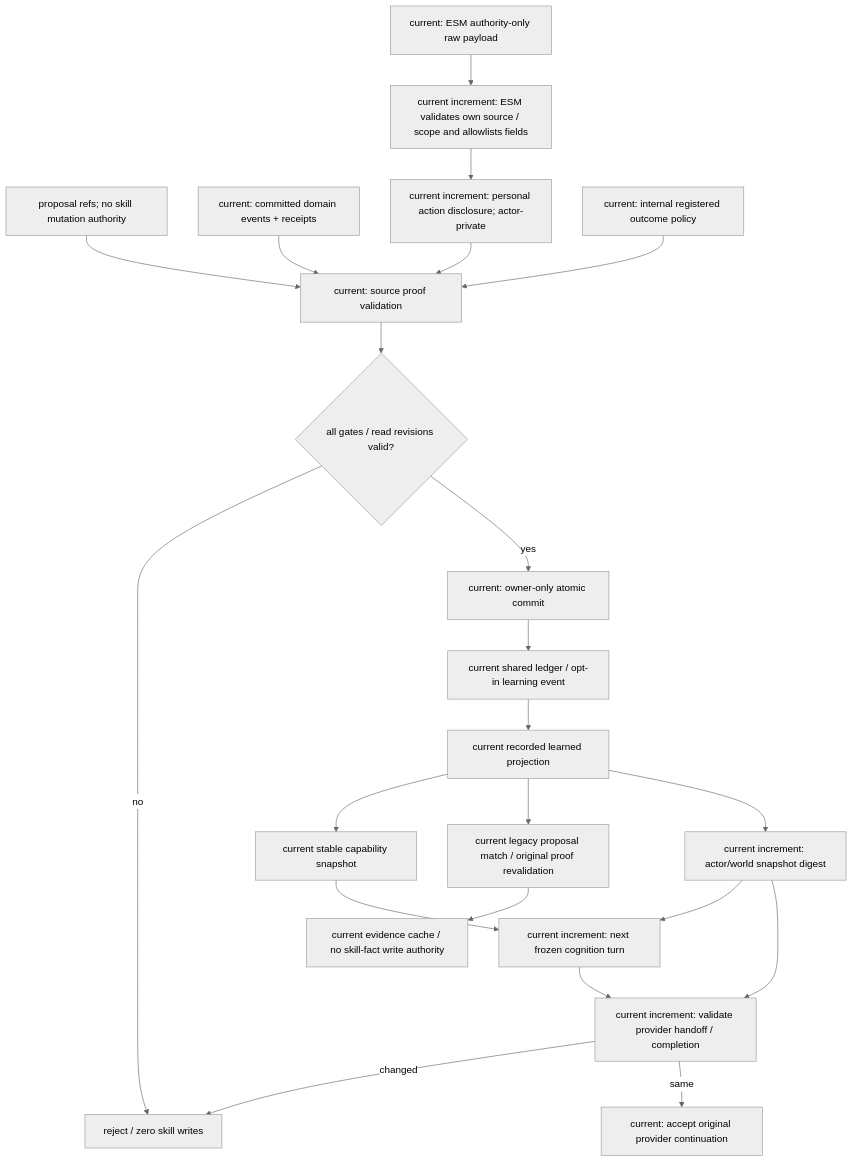
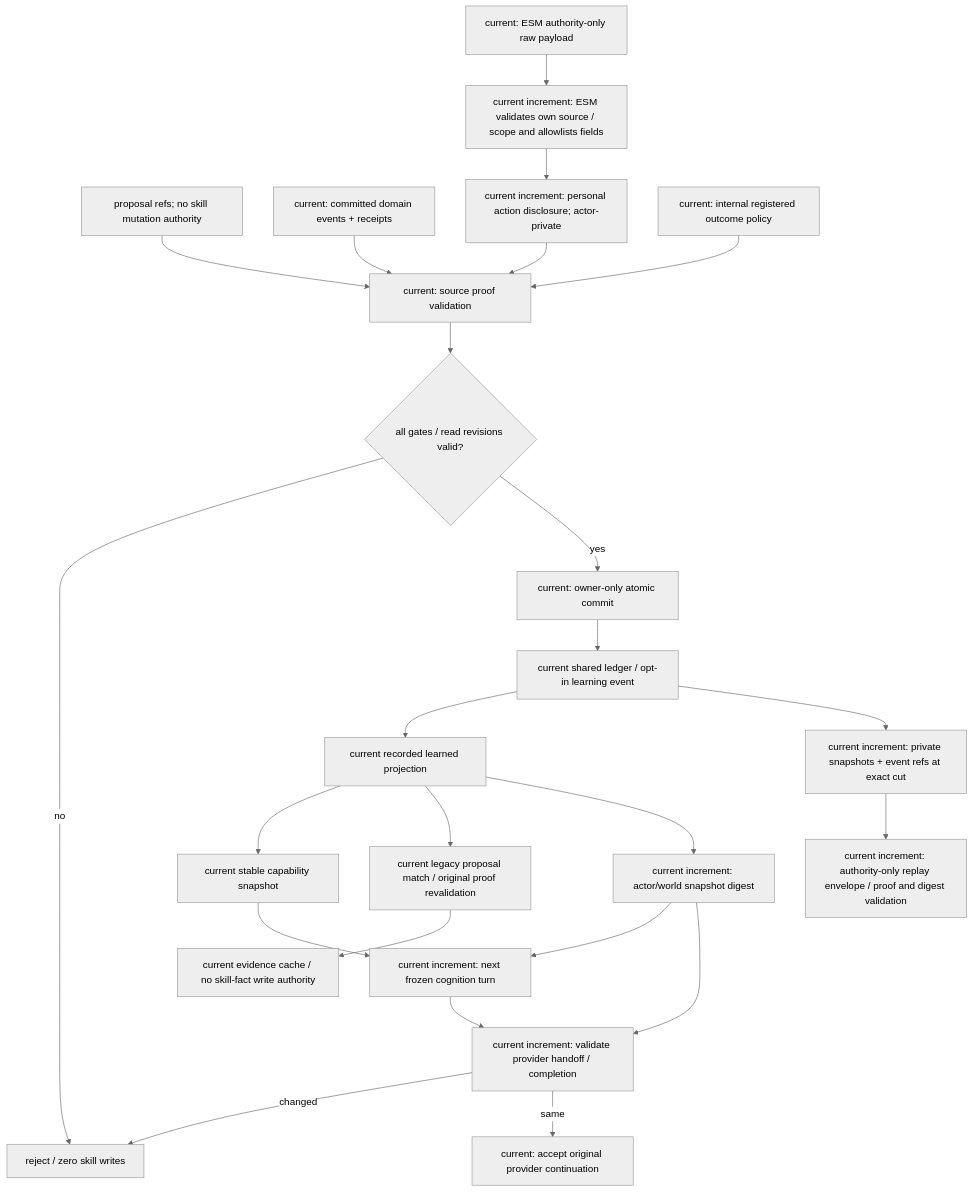
Before and after one commit to Dancing-coin/Paralls-phase0-1: the third of 3 diagrams in docs/superpowers/specs/2026-10-20-registered-learning-authority-design.md, drawn with Mermaid (neutral theme). The commit also changed other lines of this file and 6 other files, not shown here.

Commit message:
feat(learning): include durable owner snapshots in scoped replay

````diff
--- a/docs/superpowers/specs/2026-10-20-registered-learning-authority-design.md
+++ b/docs/superpowers/specs/2026-10-20-registered-learning-authority-design.md
@@ -100,22 +105,24 @@
 ```mermaid
 flowchart TD
   P["proposal refs; no skill mutation authority"] --> V["current: source proof validation"]
   W["current: committed domain events + receipts"] --> V
   EW["current: ESM authority-only raw payload"] --> ED["current increment: ESM validates own source / scope and allowlists fields"]
   ED --> EP["current increment: personal action disclosure; actor-private"] --> V
   R["current: internal registered outcome policy"] --> V
   V --> G{"all gates / read revisions valid?"}
   G -->|no| Z["reject / zero skill writes"]
   G -->|yes| O["current: owner-only atomic commit"]
   O --> F["current shared ledger / opt-in learning event"]
   F --> L["current recorded learned projection"] --> B["current stable capability snapshot"]
   L --> LP["current legacy proposal match / original proof revalidation"]
   LP --> EC["current evidence cache / no skill-fact write authority"]
   B --> N["current increment: next frozen cognition turn"]
   L --> H["current increment: actor/world snapshot digest"]
   H --> N
   H --> Q["current increment: validate provider handoff / completion"]
   N --> Q
   Q -->|changed| Z
   Q -->|same| A["current: accept original provider continuation"]
+  F --> RC["current increment: private snapshots + event refs at exact cut"]
+  RC --> RV["current increment: authority-only replay envelope / proof and digest validation"]
 ```
````
